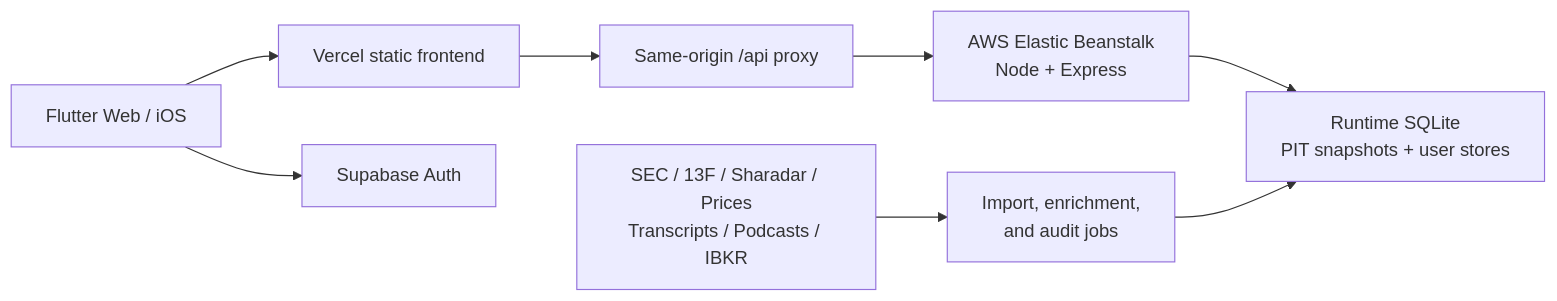
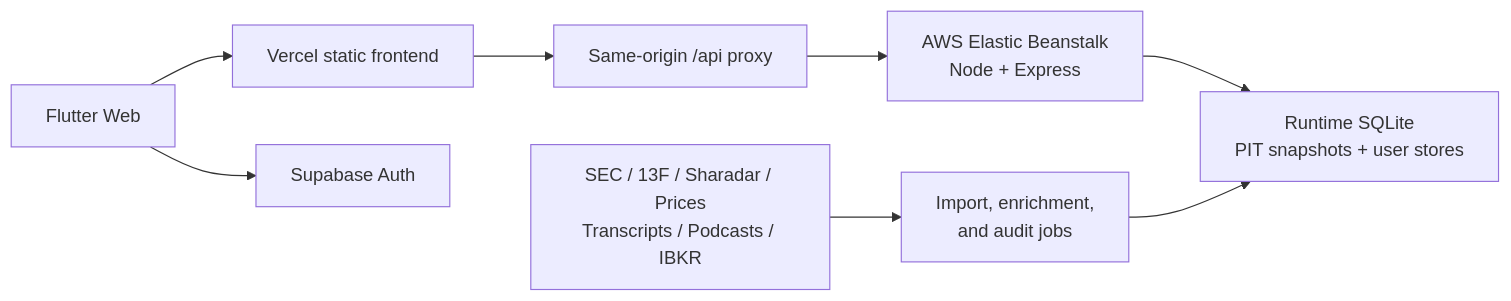
The diagram in README.md (yudonglu1136/fundamental-analysis), drawn with Mermaid before and after one commit. The commit also changed other lines of this file, not shown here.

````diff
--- a/README.md
+++ b/README.md
@@ -83,19 +81,19 @@
 ```mermaid
 flowchart LR
-  Client["Flutter Web / iOS"]
+  Client["Flutter Web"]
   Vercel["Vercel static frontend"]
   Proxy["Same-origin /api proxy"]
   Auth["Supabase Auth"]
   API["AWS Elastic Beanstalk<br/>Node + Express"]
   DB["Runtime SQLite<br/>PIT snapshots + user stores"]
   Jobs["Import, enrichment,<br/>and audit jobs"]
   Sources["SEC / 13F / Sharadar / Prices<br/>Transcripts / Podcasts / IBKR"]
 
   Client --> Vercel
   Client --> Auth
   Vercel --> Proxy
   Proxy --> API
   API --> DB
   Sources --> Jobs
   Jobs --> DB
 ```
````
